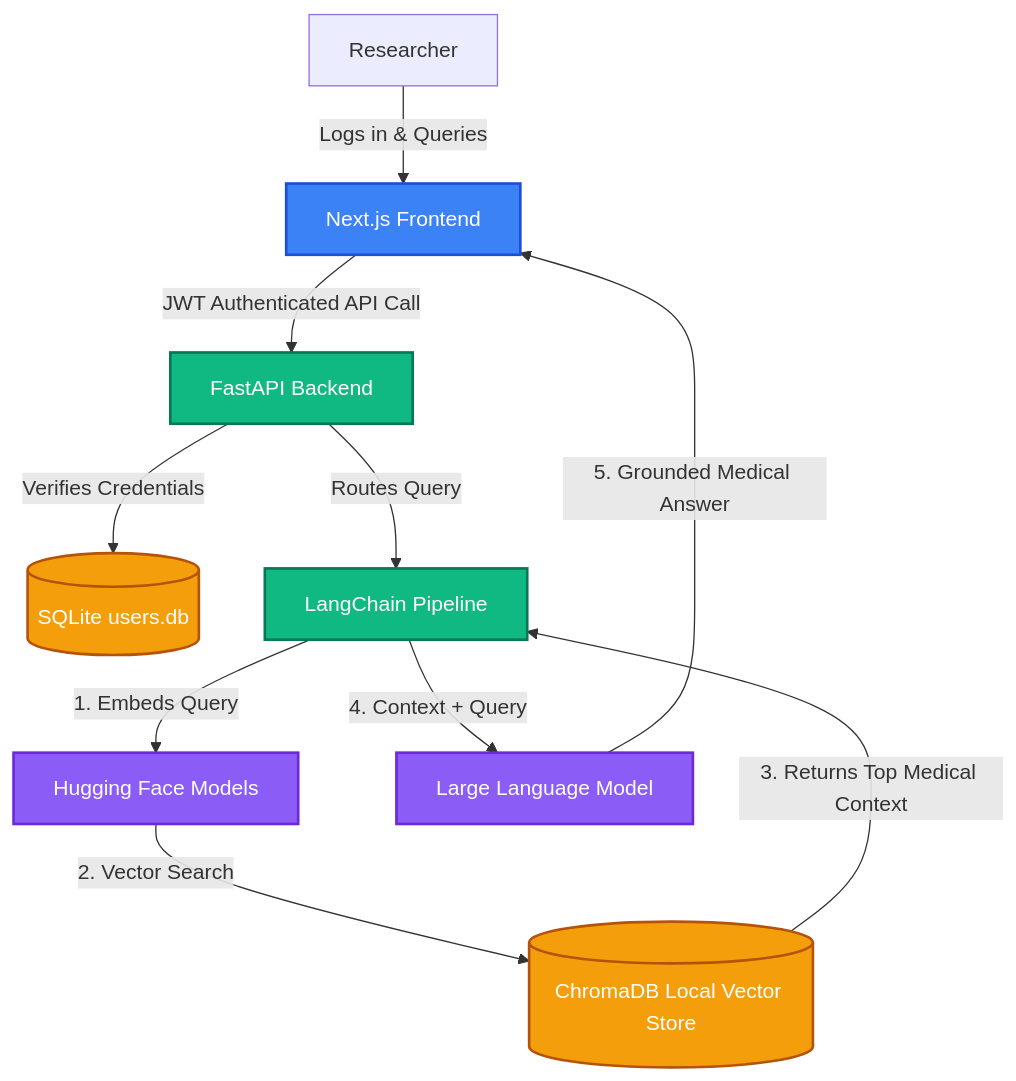
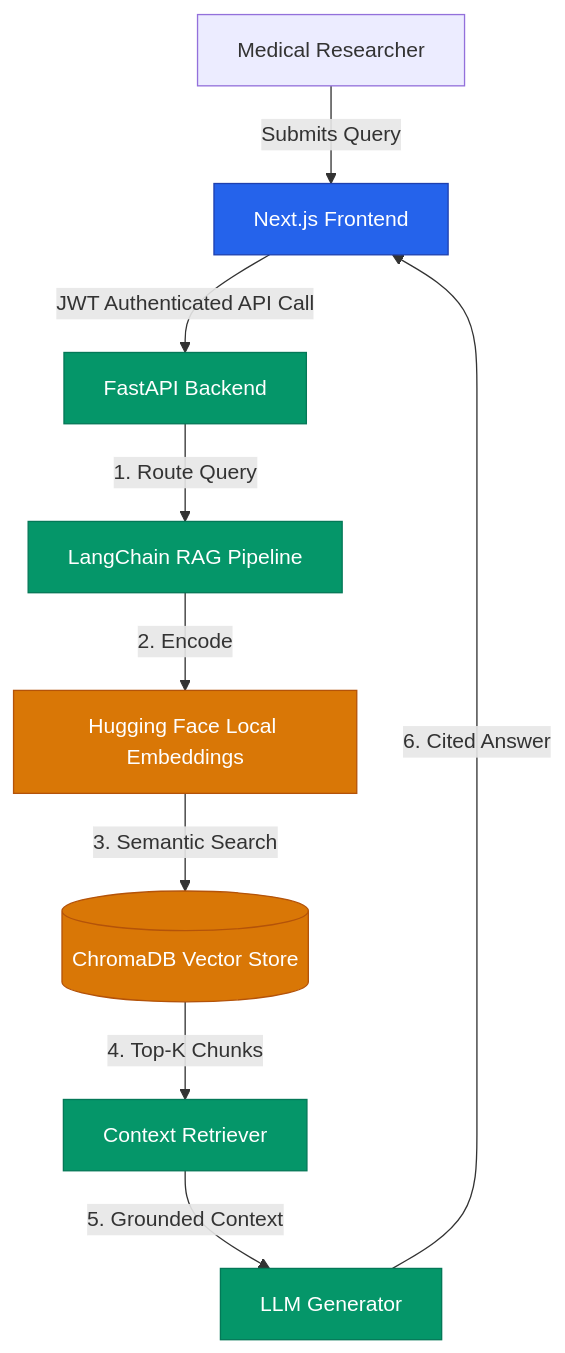
One commit to aakruthi22/MedIntel-AI changed the first of 2 diagrams in README.md. Above: the diagram before and after it, drawn with Mermaid. The commit also changed other lines of this file, not shown here.

````diff
--- a/README.md
+++ b/README.md
@@ -10,34 +30,25 @@
 ```mermaid
 graph TD
-    %% User & Frontend
-    U[Researcher] -->|Logs in & Queries| FE[Next.js Frontend]
-    
-    %% Backend & Security
+    %% User Flow
+    U[Medical Researcher] -->|Submits Query| FE[Next.js Frontend]
     FE -->|JWT Authenticated API Call| API[FastAPI Backend]
     
-    %% Database routing
-    API -->|Verifies Credentials| SQL[(SQLite users.db)]
+    %% RAG Pipeline
+    API -->|1. Route Query| RAG[LangChain RAG Pipeline]
+    RAG -->|2. Encode| EMBED[Hugging Face Local Embeddings]
+    EMBED -->|3. Semantic Search| VDB[(ChromaDB Vector Store)]
+    VDB -->|4. Top-K Chunks| RET[Context Retriever]
     
-    %% RAG Pipeline
-    API -->|Routes Query| RAG[LangChain Pipeline]
-    
-    %% Embedding & Retrieval
-    RAG -->|1. Embeds Query| HF[Hugging Face Models]
-    HF -->|2. Vector Search| CHROMA[(ChromaDB Local Vector Store)]
-    CHROMA -->|3. Returns Top Medical Context| RAG
-    
-    %% LLM Generation
-    RAG -->|4. Context + Query| LLM[Large Language Model]
-    LLM -->|5. Grounded Medical Answer| FE
+    %% Generation
+    RET -->|5. Grounded Context| LLM[LLM Generator]
+    LLM -->|6. Cited Answer| FE
     
     %% Styling
-    classDef frontend fill:#3b82f6,stroke:#1d4ed8,stroke-width:2px,color:#fff;
-    classDef backend fill:#10b981,stroke:#047857,stroke-width:2px,color:#fff;
-    classDef database fill:#f59e0b,stroke:#b45309,stroke-width:2px,color:#fff;
-    classDef ai fill:#8b5cf6,stroke:#6d28d9,stroke-width:2px,color:#fff;
+    classDef client fill:#2563eb,stroke:#1e40af,color:#fff
+    classDef server fill:#059669,stroke:#047857,color:#fff
+    classDef data fill:#d97706,stroke:#b45309,color:#fff
     
-    class FE frontend;
-    class API,RAG backend;
-    class SQL,CHROMA database;
-    class HF,LLM ai;
+    class FE client
+    class API,RAG,RET,LLM server
+    class VDB,EMBED data
 ```
````
